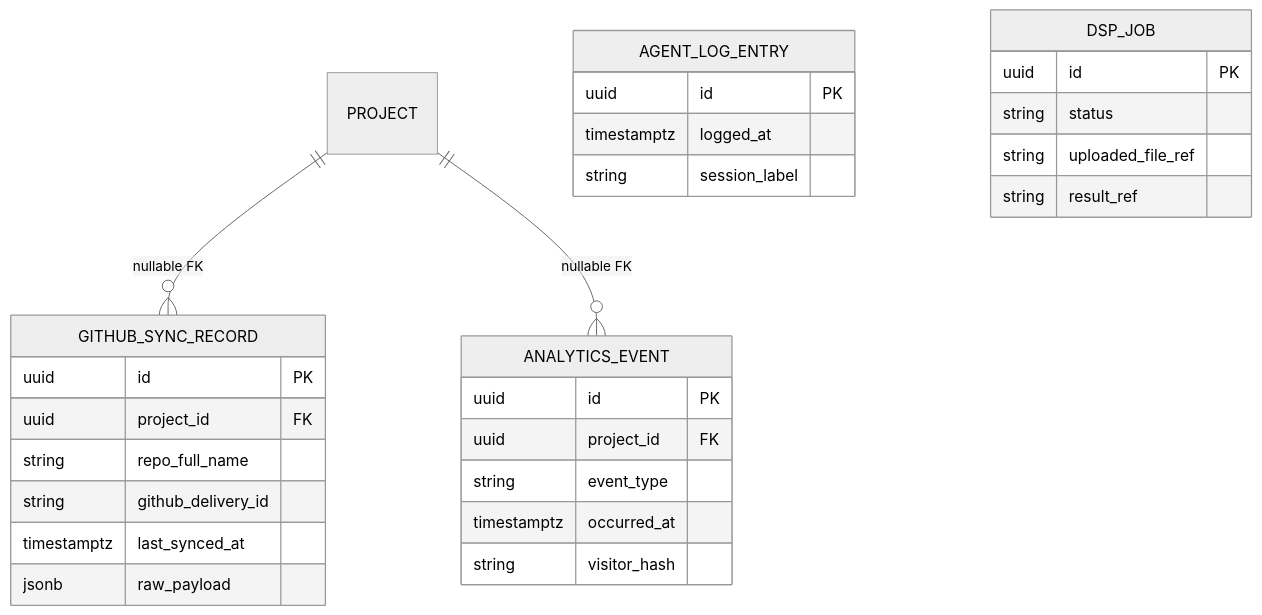
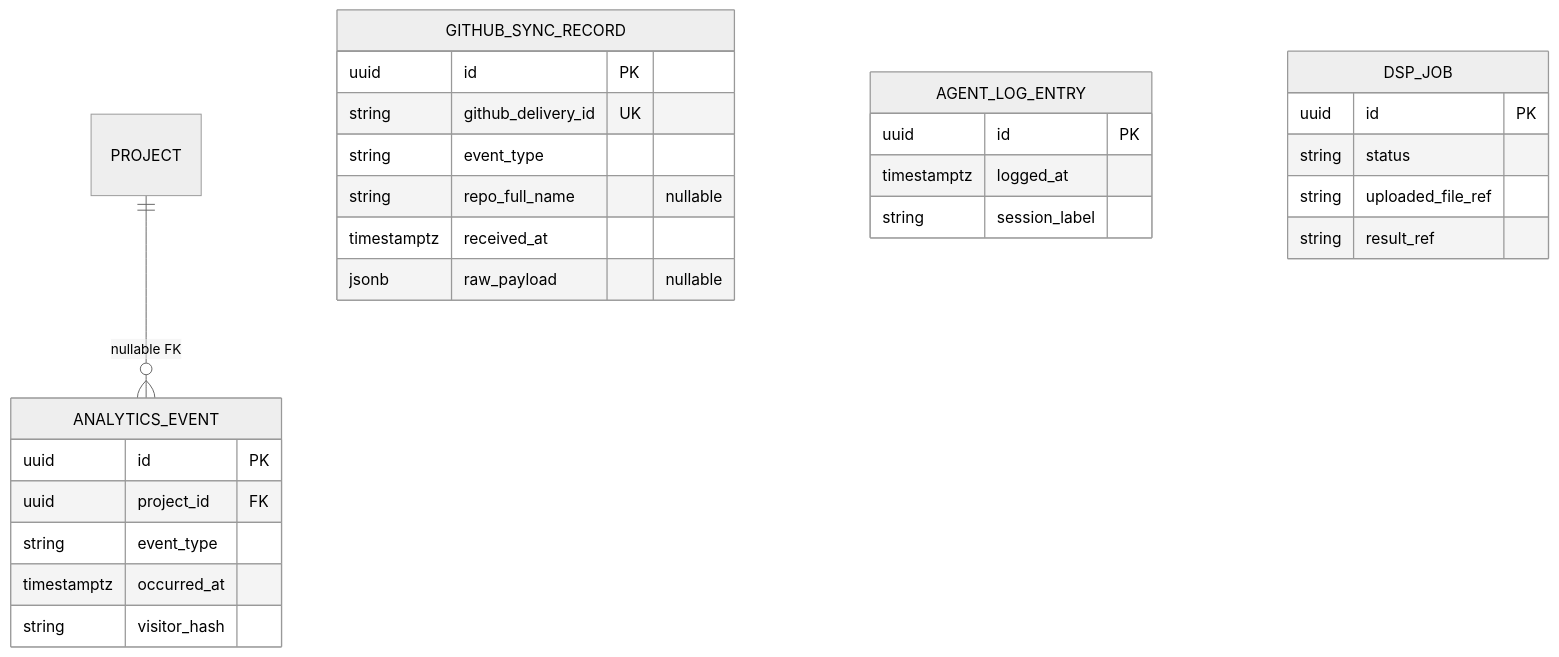
One commit to tarka1939/My_Site changed the second of 2 diagrams in docs/DATA_MODEL.md. Above: the diagram before and after it, drawn with Mermaid (neutral theme). The commit also changed other lines of this file and 1 other file, not shown here.

First line of the commit message:
feat(githubsync): add the webhook delivery ledger migration

````diff
--- a/docs/DATA_MODEL.md
+++ b/docs/DATA_MODEL.md
@@ -195,31 +202,30 @@
 ```mermaid
 erDiagram
-    PROJECT ||--o{ GITHUB_SYNC_RECORD : "nullable FK"
     PROJECT ||--o{ ANALYTICS_EVENT : "nullable FK"
     GITHUB_SYNC_RECORD {
         uuid id PK
-        uuid project_id FK
-        string repo_full_name
-        string github_delivery_id
-        timestamptz last_synced_at
-        jsonb raw_payload
+        string github_delivery_id UK
+        string event_type
+        string repo_full_name "nullable"
+        timestamptz received_at
+        jsonb raw_payload "nullable"
     }
     ANALYTICS_EVENT {
         uuid id PK
         uuid project_id FK
         string event_type
         timestamptz occurred_at
         string visitor_hash
     }
     AGENT_LOG_ENTRY {
         uuid id PK
         timestamptz logged_at
         string session_label
     }
     DSP_JOB {
         uuid id PK
         string status
         string uploaded_file_ref
         string result_ref
     }
 ```
````
